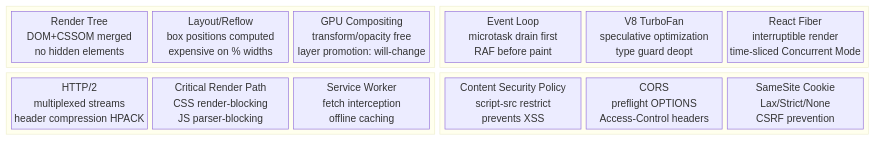
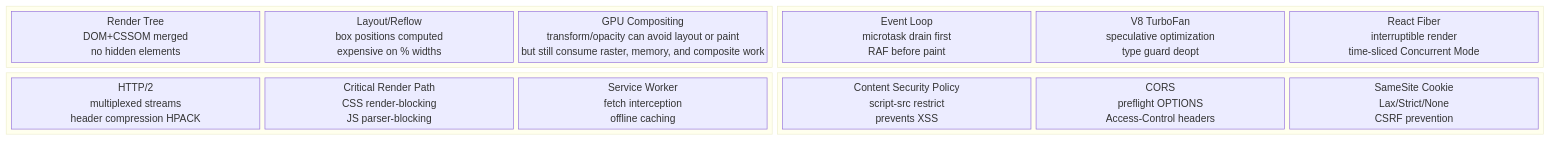
One commit to choisimo/document changed diagram 18 of 18 in content/docs/books/cs-reference/web-frontend-internals.md. Above: the diagram before and after it, drawn with Mermaid. The commit also changed other lines of this file and 504 other files, not shown here.

````diff
--- a/content/docs/books/cs-reference/web-frontend-internals.md
+++ b/content/docs/books/cs-reference/web-frontend-internals.md
@@ -391,24 +393,24 @@
 ```mermaid
 block-beta
     columns 2
     block:Rendering
         RTree["Render Tree\nDOM+CSSOM merged\nno hidden elements"]
         Layout["Layout/Reflow\nbox positions computed\nexpensive on % widths"]
-        Composite["GPU Compositing\ntransform/opacity free\nlayer promotion: will-change"]
+        Composite["GPU Compositing\ntransform/opacity can avoid layout or paint\nbut still consume raster, memory, and composite work"]
     end
     block:JavaScript
         EventLoop["Event Loop\nmicrotask drain first\nRAF before paint"]
         V8JIT["V8 TurboFan\nspeculative optimization\ntype guard deopt"]
         React["React Fiber\ninterruptible render\ntime-sliced Concurrent Mode"]
     end
     block:Network
         H2["HTTP/2\nmultiplexed streams\nheader compression HPACK"]
         CRP["Critical Render Path\nCSS render-blocking\nJS parser-blocking"]
         SW["Service Worker\nfetch interception\noffline caching"]
     end
     block:Security
         CSP["Content Security Policy\nscript-src restrict\nprevents XSS"]
         CORS["CORS\npreflight OPTIONS\nAccess-Control headers"]
         SameSite["SameSite Cookie\nLax/Strict/None\nCSRF prevention"]
     end
 ```
````
